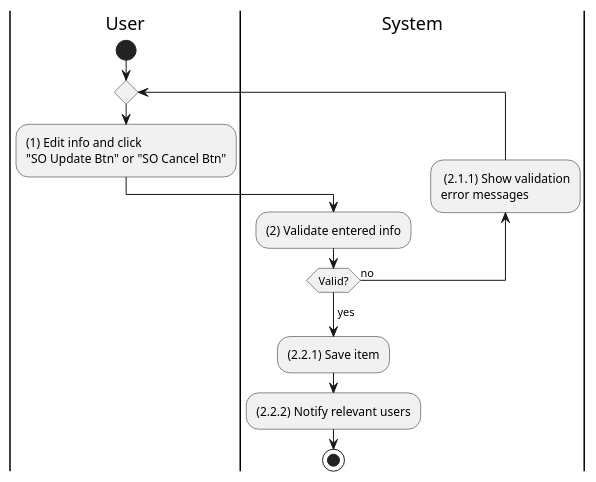
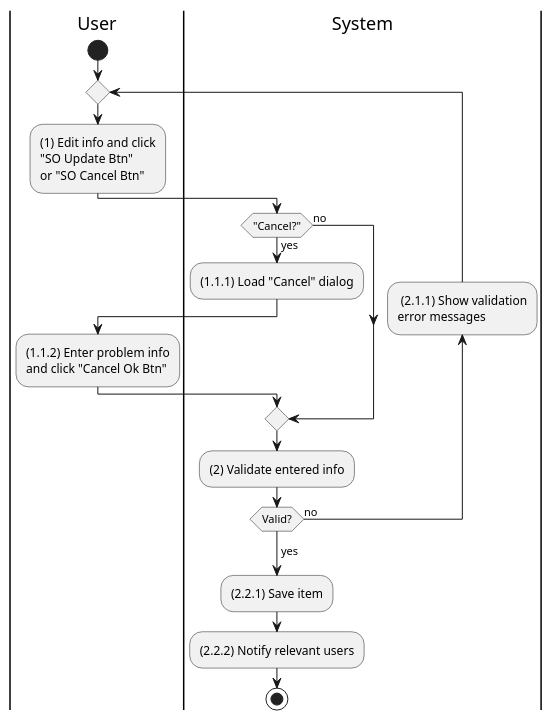
Before and after one commit to phihungha/scmss-reqs: the diagram in activities/sales-order-update.plantuml, drawn with PlantUML. The commit also changed 7 other files, not shown here.

Commit message:
Add cancel flow for update activities

```diff
--- a/activities/sales-order-update.plantuml
+++ b/activities/sales-order-update.plantuml
@@ -1,17 +1,24 @@
 @startuml sales-order-update
 |u|User
 |s|System
 
 |u|
 start
 repeat
-    :(1) Edit info and click\n"SO Update Btn" or "SO Cancel Btn";
+    :(1) Edit info and click\n"SO Update Btn"\nor "SO Cancel Btn";
+    |s|
+    if ("Cancel?") then (yes)
+        :(1.1.1) Load "Cancel" dialog;
+        |u|
+        :(1.1.2) Enter problem info\nand click "Cancel Ok Btn";
+    else (no)
+    endif
     |s|
     :(2) Validate entered info;
     backward: (2.1.1) Show validation\nerror messages;
 repeat while (Valid?) is (no)
 ->yes;
 :(2.2.1) Save item;
 :(2.2.2) Notify relevant users;
 stop
 @enduml
```
